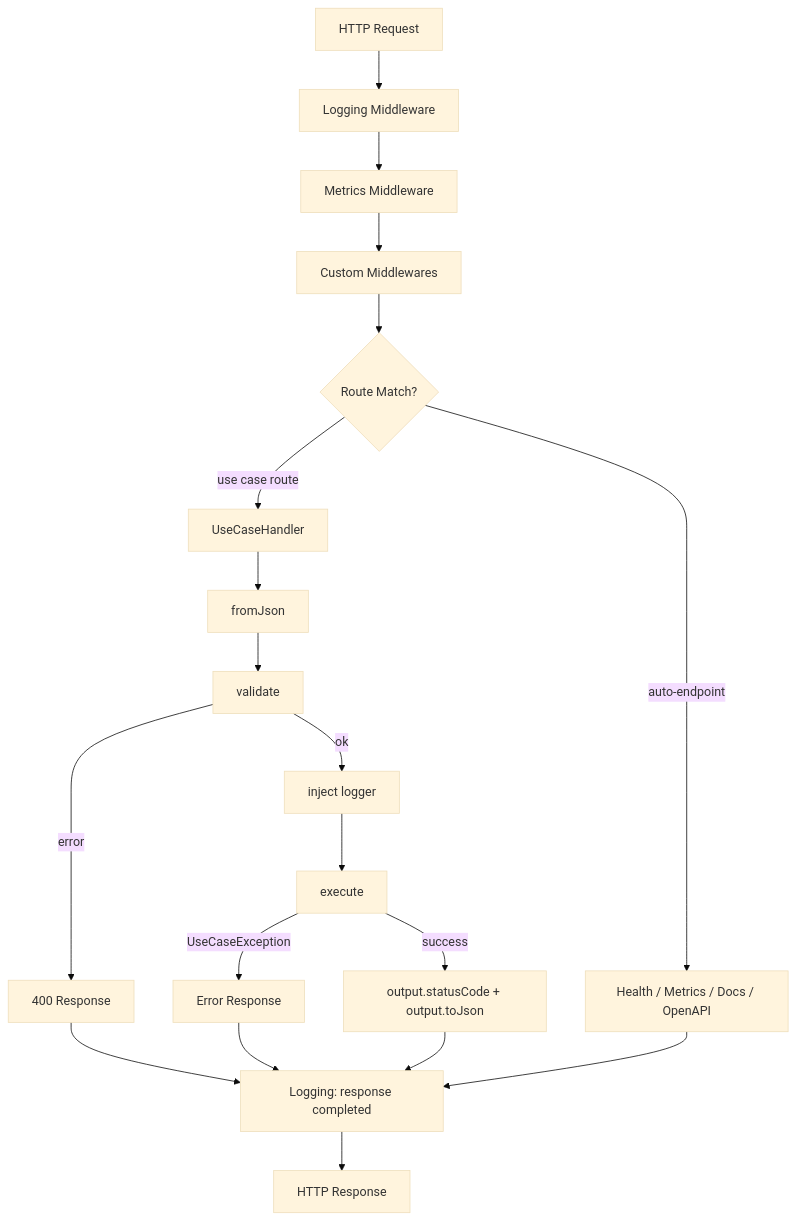
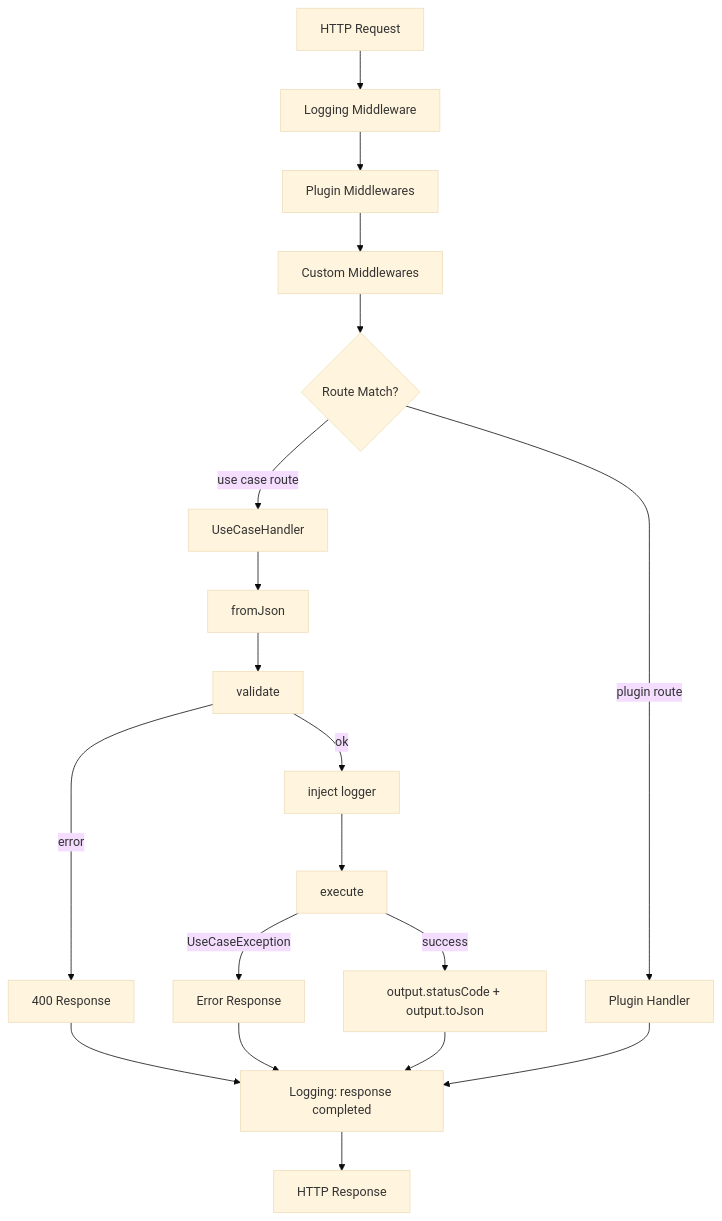
One commit to ccisnedev/modular_api changed the second of 6 diagrams in docs/architecture.md. Above: the diagram before and after it, drawn with Mermaid (base theme). The commit also changed other lines of this file and 15 other files, not shown here.

````diff
--- a/docs/architecture.md
+++ b/docs/architecture.md
@@ -292,21 +320,21 @@
 ```mermaid
 flowchart TD
     A[HTTP Request] --> B[Logging Middleware]
-    B --> C[Metrics Middleware]
+    B --> C[Plugin Middlewares]
     C --> D[Custom Middlewares]
     D --> E{Route Match?}
-    E -->|auto-endpoint| F[Health / Metrics / Docs / OpenAPI]
+    E -->|plugin route| F[Plugin Handler]
     E -->|use case route| G[UseCaseHandler]
     G --> H[fromJson]
     H --> I[validate]
     I -->|error| J[400 Response]
     I -->|ok| K[inject logger]
     K --> L[execute]
     L -->|UseCaseException| M[Error Response]
     L -->|success| N[output.statusCode + output.toJson]
     J --> O[Logging: response completed]
     M --> O
     N --> O
     F --> O
     O --> P[HTTP Response]
 ```
````
